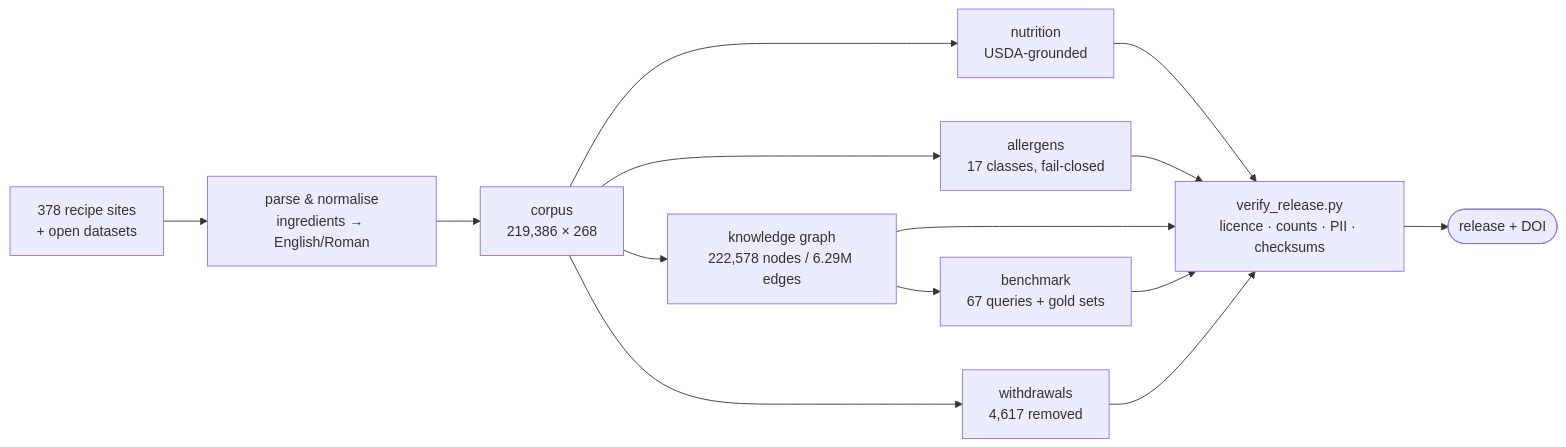
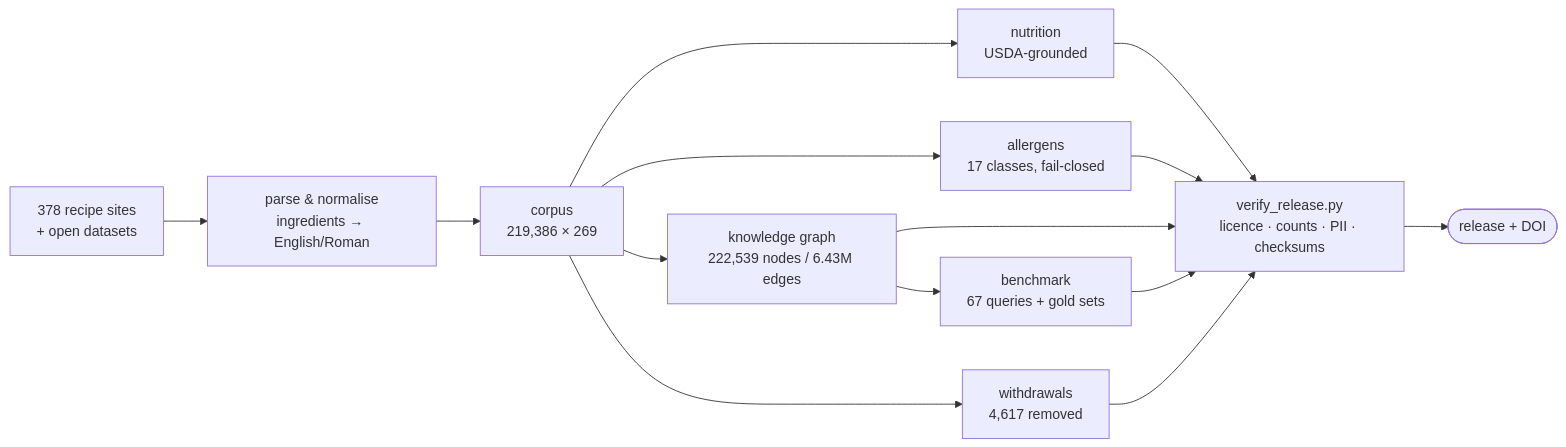
Before and after one commit to Poshaka-Research-Lab/IndicRecipeNutri-dataset: the first of 2 diagrams in README.md, drawn with Mermaid. The commit also changed other lines of this file and 87 other files, not shown here.

````diff
--- a/README.md
+++ b/README.md
@@ -107,12 +113,12 @@
 ```mermaid
 flowchart LR
     A["378 recipe sites<br/>+ open datasets"] --> B["parse & normalise<br/>ingredients → English/Roman"]
-    B --> C["corpus<br/>219,386 × 268"]
+    B --> C["corpus<br/>219,386 × 269"]
     C --> D["nutrition<br/>USDA-grounded"]
     C --> E["allergens<br/>17 classes, fail-closed"]
-    C --> F["knowledge graph<br/>222,578 nodes / 6.29M edges"]
+    C --> F["knowledge graph<br/>222,539 nodes / 6.43M edges"]
     F --> G["benchmark<br/>67 queries + gold sets"]
     C --> H["withdrawals<br/>4,617 removed"]
     D & E & F & G & H --> I["verify_release.py<br/>licence · counts · PII · checksums"]
     I --> J(["release + DOI"])
 ```
````
